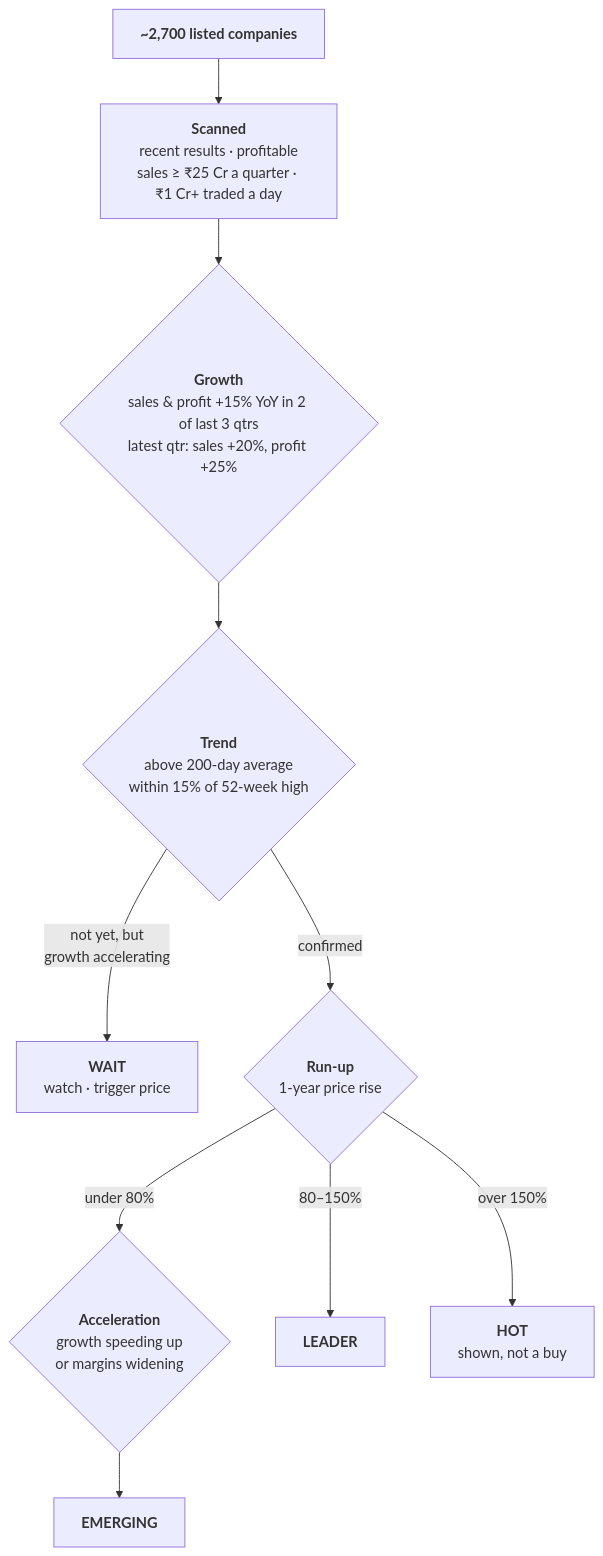
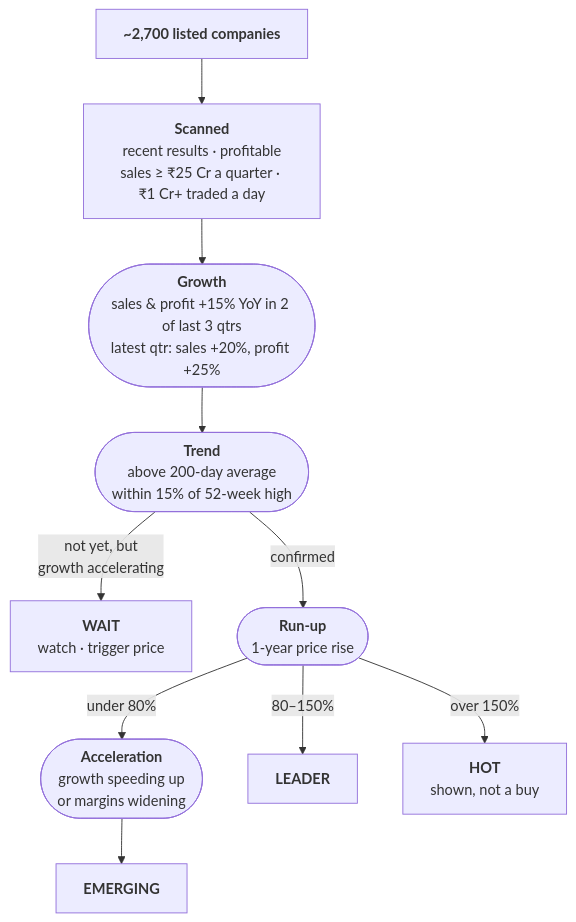
The first of 2 diagrams in README.md (webtools-dotcom/growing-stocks), drawn with Mermaid before and after one commit.

Commit message:
README: compact gate diagram

````diff
--- a/README.md
+++ b/README.md
@@ -145,12 +145,12 @@
 ```mermaid
 flowchart TD
     A["<b>~2,700 listed companies</b>"] --> B["<b>Scanned</b><br/>recent results · profitable<br/>sales ≥ ₹25 Cr a quarter · ₹1 Cr+ traded a day"]
-    B --> C{"<b>Growth</b><br/>sales & profit +15% YoY in 2 of last 3 qtrs<br/>latest qtr: sales +20%, profit +25%"}
-    C --> E{"<b>Trend</b><br/>above 200-day average<br/>within 15% of 52-week high"}
+    B --> C(["<b>Growth</b><br/>sales & profit +15% YoY in 2 of last 3 qtrs<br/>latest qtr: sales +20%, profit +25%"])
+    C --> E(["<b>Trend</b><br/>above 200-day average<br/>within 15% of 52-week high"])
     E -->|"not yet, but<br/>growth accelerating"| J["<b>WAIT</b><br/>watch · trigger price"]
-    E -->|confirmed| F{"<b>Run-up</b><br/>1-year price rise"}
-    F -->|"under 80%"| D{"<b>Acceleration</b><br/>growth speeding up<br/>or margins widening"}
+    E -->|confirmed| F(["<b>Run-up</b><br/>1-year price rise"])
+    F -->|"under 80%"| D(["<b>Acceleration</b><br/>growth speeding up<br/>or margins widening"])
     F -->|"80–150%"| H["<b>LEADER</b>"]
     F -->|"over 150%"| I["<b>HOT</b><br/>shown, not a buy"]
     D --> G["<b>EMERGING</b>"]
 ```
````
